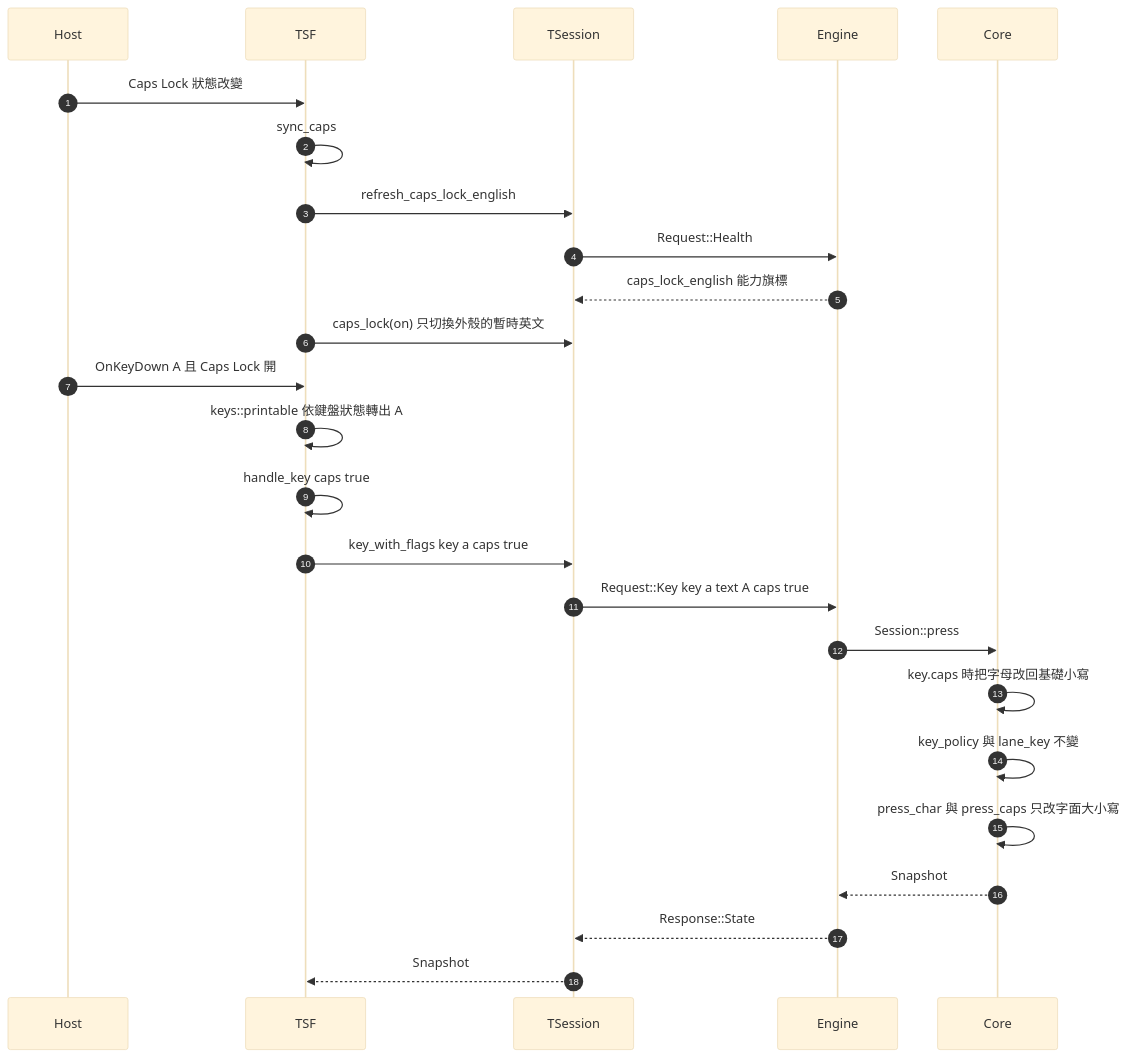
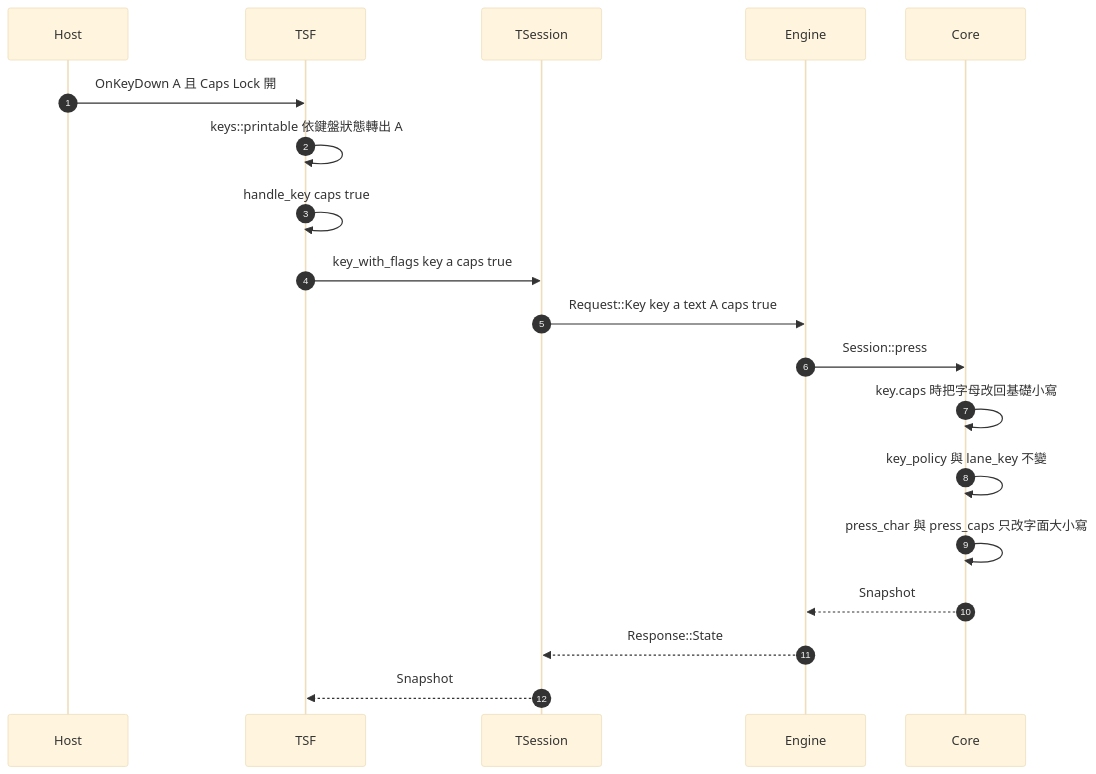
One commit to jeffpeng3/jc-ime changed the sixth of 13 diagrams in docs/port/event-flows.md. Above: the diagram before and after it, drawn with Mermaid (base theme). The commit also changed other lines of this file and 14 other files, not shown here.

Commit message:
fix: Caps 只改字面大小寫，移除 caps_lock_english

````diff
--- a/docs/port/event-flows.md
+++ b/docs/port/event-flows.md
@@ -334,29 +334,22 @@
 ```mermaid
 sequenceDiagram
     autonumber
     participant Host
     participant TSF
     participant TSession
     participant Engine
     participant Core
-
-    Host->>TSF: Caps Lock 狀態改變
-    TSF->>TSF: sync_caps
-    TSF->>TSession: refresh_caps_lock_english
-    TSession->>Engine: Request::Health
-    Engine-->>TSession: caps_lock_english 能力旗標
-    TSF->>TSession: caps_lock(on) 只切換外殼的暫時英文
 
     Host->>TSF: OnKeyDown A 且 Caps Lock 開
     TSF->>TSF: keys::printable 依鍵盤狀態轉出 A
     TSF->>TSF: handle_key caps true
     TSF->>TSession: key_with_flags key a caps true
     TSession->>Engine: Request::Key key a text A caps true
     Engine->>Core: Session::press
     Core->>Core: key.caps 時把字母改回基礎小寫
     Core->>Core: key_policy 與 lane_key 不變
     Core->>Core: press_char 與 press_caps 只改字面大小寫
     Core-->>Engine: Snapshot
     Engine-->>TSession: Response::State
     TSession-->>TSF: Snapshot
 ```
````
